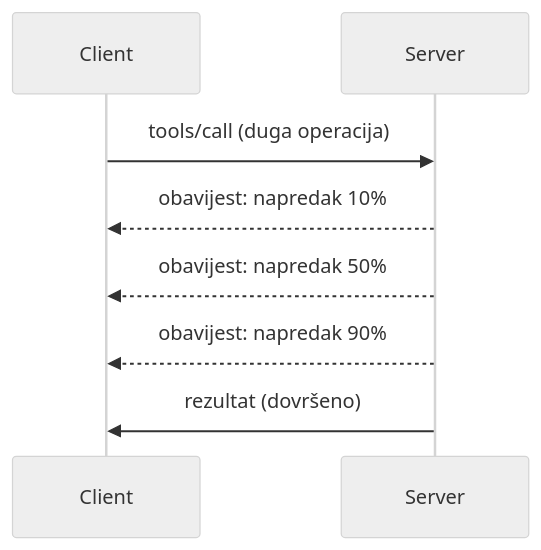
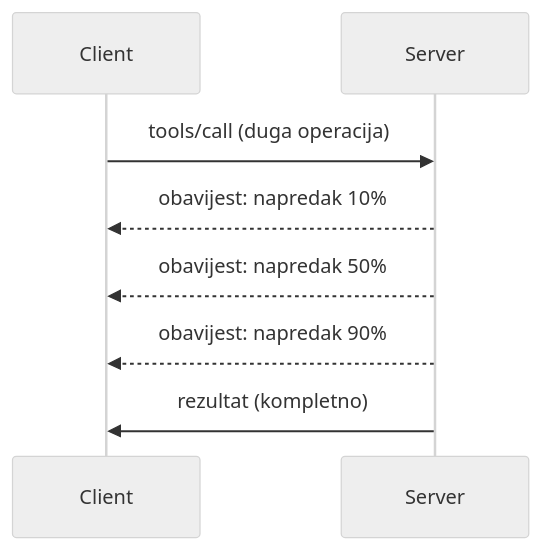
Before and after one commit to HIDORAKAI002/ai-workspace-archive: the diagram in mcp_ecosystem__model_context_protocol/mcp_learning_resources/mcp-for-beginners/translations/hr/05-AdvancedTopics/mcp-protocol-features/README.md, drawn with Mermaid (neutral theme). The commit also changed other lines of this file and 1046 other files, not shown here.

````diff
--- a/mcp_ecosystem__model_context_protocol/mcp_learning_resources/mcp-for-beginners/translations/hr/05-AdvancedTopics/mcp-protocol-features/README.md
+++ b/mcp_ecosystem__model_context_protocol/mcp_learning_resources/mcp-for-beginners/translations/hr/05-AdvancedTopics/mcp-protocol-features/README.md
@@ -22,11 +24,11 @@
 ```mermaid
 sequenceDiagram
     participant Client
     participant Server
     
     Client->>Server: tools/call (duga operacija)
     Server-->>Client: obavijest: napredak 10%
     Server-->>Client: obavijest: napredak 50%
     Server-->>Client: obavijest: napredak 90%
-    Server->>Client: rezultat (dovršeno)
+    Server->>Client: rezultat (kompletno)
 ```
````
